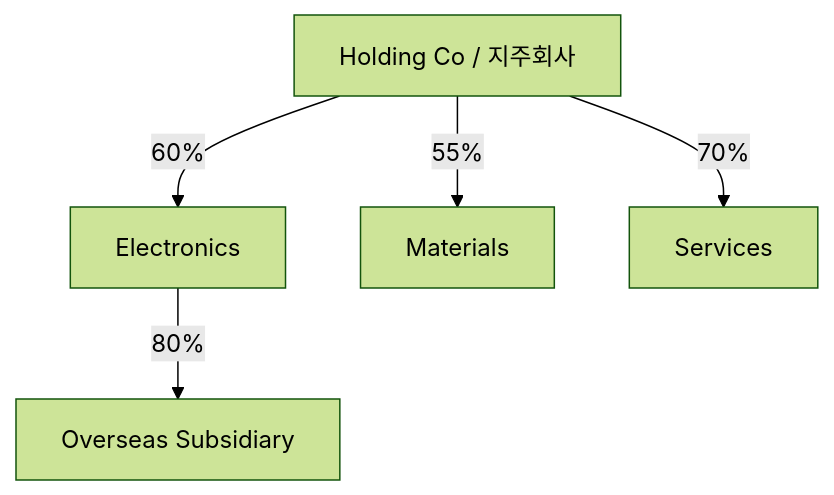
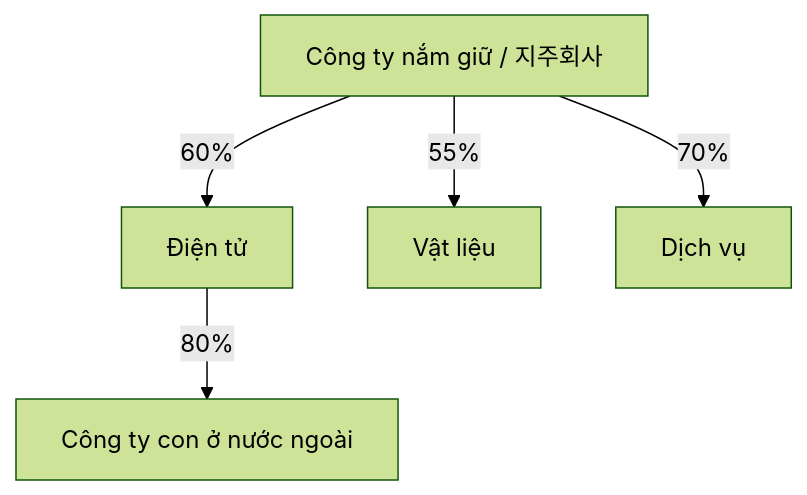
The diagram in korea_business_economy_knowledge_library/05_group_structure_affiliates_holding_companies.md (hunggtham/learning-docs), drawn with Mermaid (forest theme) before and after one commit. The commit also changed other lines of this file, not shown here.

````diff
--- a/korea_business_economy_knowledge_library/05_group_structure_affiliates_holding_companies.md
+++ b/korea_business_economy_knowledge_library/05_group_structure_affiliates_holding_companies.md
@@ -132,7 +65,7 @@
 ```mermaid
 graph TD
-    H[Holding Co / 지주회사] -->|60%| A[Electronics]
-    H -->|55%| B[Materials]
-    H -->|70%| C[Services]
-    A -->|80%| D[Overseas Subsidiary]
+    H[Công ty nắm giữ / 지주회사] -->|60%| A[Điện tử]
+    H -->|55%| B[Vật liệu]
+    H -->|70%| C[Dịch vụ]
+    A -->|80%| D[Công ty con ở nước ngoài]
 ```
````
